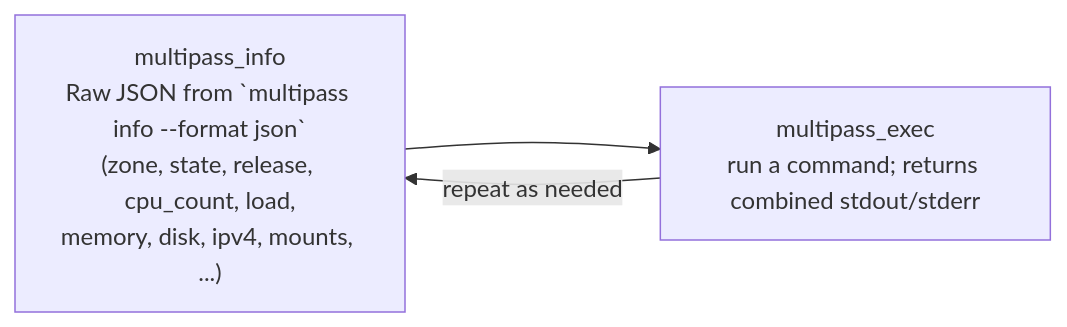
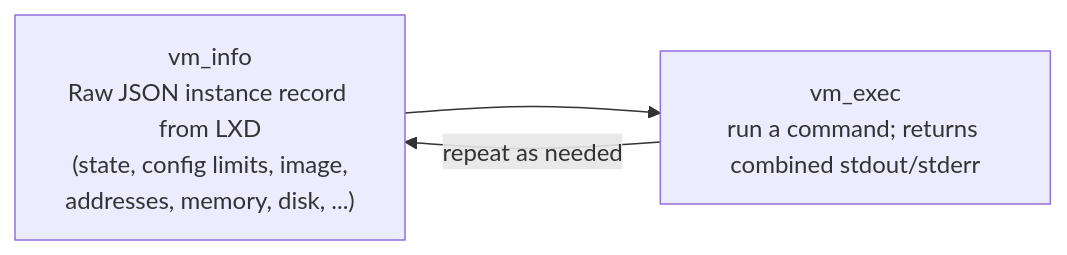
Before and after one commit to trollLemon/MPHarness: the second of 2 diagrams in docs/how-to/manage_vm_lifecycle.md, drawn with Mermaid. The commit also changed other lines of this file and 51 other files, not shown here.

First line of the commit message:
Replace Multipass with LXD (#25)

````diff
--- a/docs/how-to/manage_vm_lifecycle.md
+++ b/docs/how-to/manage_vm_lifecycle.md
@@ -26,7 +26,7 @@
 ```mermaid
 flowchart LR
-    INFO["multipass_info<br/>Raw JSON from `multipass info --format json`<br/>(zone, state, release, cpu_count, load,<br/>memory, disk, ipv4, mounts, ...)"]
-    EXEC["multipass_exec<br/>run a command; returns combined stdout/stderr"]
+    INFO["vm_info<br/>Raw JSON instance record from LXD<br/>(state, config limits, image,<br/>addresses, memory, disk, ...)"]
+    EXEC["vm_exec<br/>run a command; returns combined stdout/stderr"]
     INFO --> EXEC
     EXEC -->|repeat as needed| INFO
 ```
````
